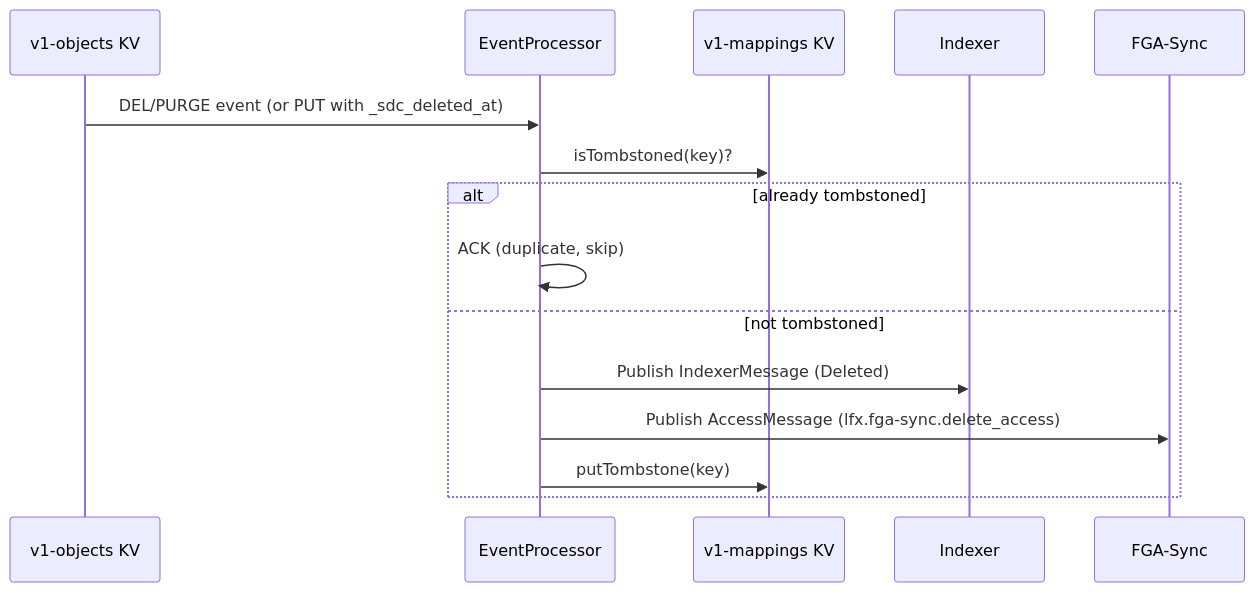
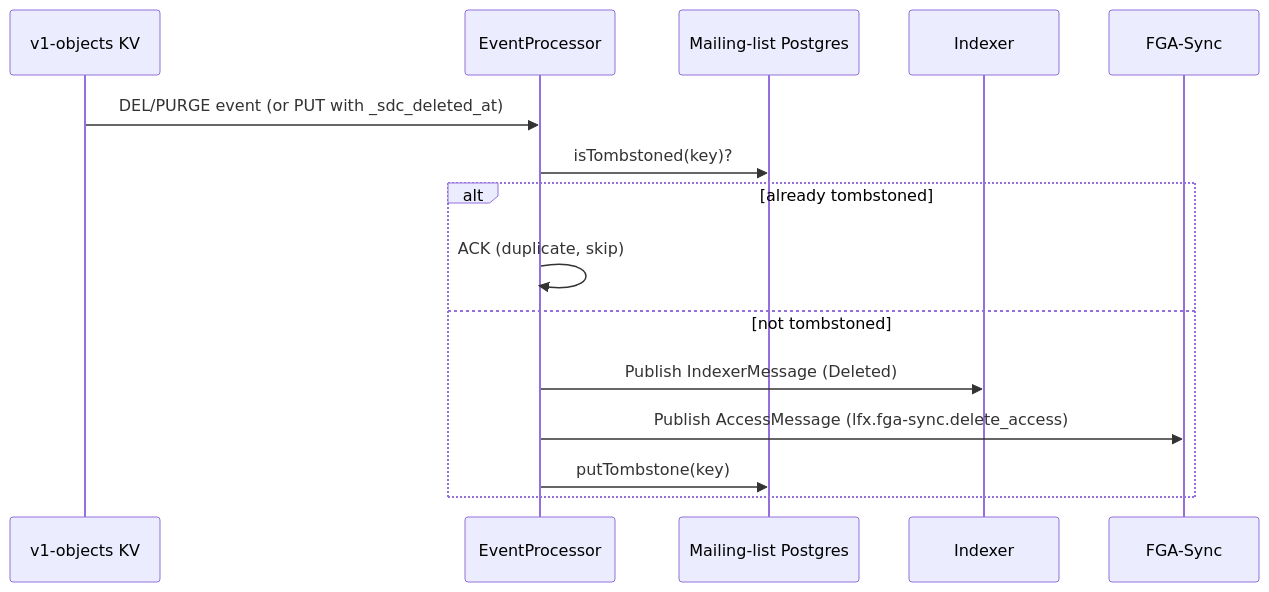
Before and after one commit to linuxfoundation/lfx-v2-mailing-list-service: the third of 5 diagrams in docs/event-processing.md, drawn with Mermaid. The commit also changed other lines of this file and 30 other files, not shown here.

First line of the commit message:
feat(eventing): move mailing-list processing state to Postgres

````diff
--- a/docs/event-processing.md
+++ b/docs/event-processing.md
@@ -74,18 +78,18 @@
 ```mermaid
 sequenceDiagram
     participant KV as v1-objects KV
     participant EP as EventProcessor
-    participant MP as v1-mappings KV
+    participant MP as Mailing-list Postgres
     participant IDX as Indexer
     participant FGA as FGA-Sync
 
     KV->>EP: DEL/PURGE event (or PUT with _sdc_deleted_at)
     EP->>MP: isTombstoned(key)?
     alt already tombstoned
         EP->>EP: ACK (duplicate, skip)
     else not tombstoned
         EP->>IDX: Publish IndexerMessage (Deleted)
         EP->>FGA: Publish AccessMessage (lfx.fga-sync.delete_access)
         EP->>MP: putTombstone(key)
     end
 ```
````
